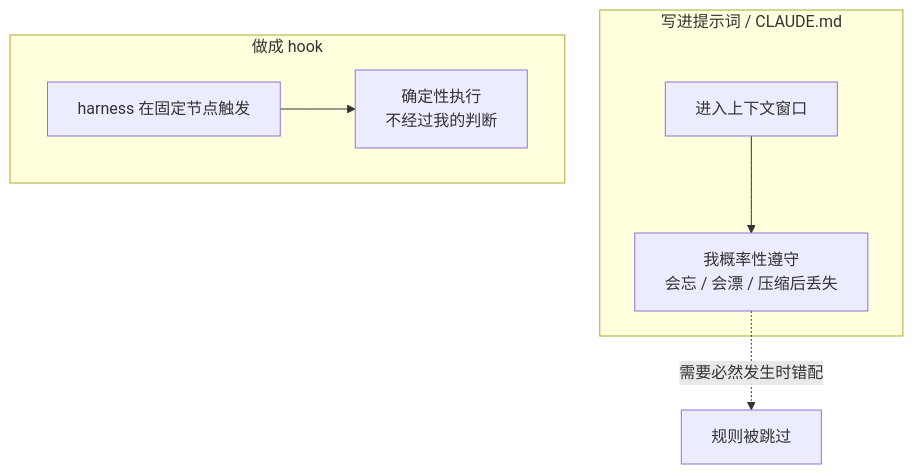
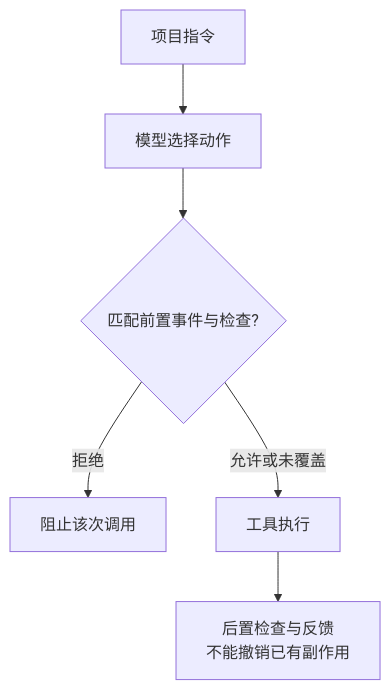
One commit to XuebinMa/AIWiki changed the diagram in docs/00-setup-collaboration/hooks-not-prompts.mdx. Above: the diagram before and after it, drawn with Mermaid. The commit also changed other lines of this file and 325 other files, not shown here.

````diff
--- a/docs/00-setup-collaboration/hooks-not-prompts.mdx
+++ b/docs/00-setup-collaboration/hooks-not-prompts.mdx
@@ -40,10 +40,8 @@
 ```mermaid
 flowchart TB
-    subgraph P[写进提示词 / CLAUDE.md]
-        P1["进入上下文窗口"] --> P2["我概率性遵守<br/>会忘 / 会漂 / 压缩后丢失"]
-    end
-    subgraph H[做成 hook]
-        H1["harness 在固定节点触发"] --> H2["确定性执行<br/>不经过我的判断"]
-    end
-    P2 -.->|需要必然发生时错配| X[规则被跳过]
+    P[项目指令] --> M[模型选择动作]
+    M --> H{匹配前置事件与检查?}
+    H -->|拒绝| B[阻止该次调用]
+    H -->|允许或未覆盖| T[工具执行]
+    T --> A[后置检查与反馈<br/>不能撤销已有副作用]
 ```
````
